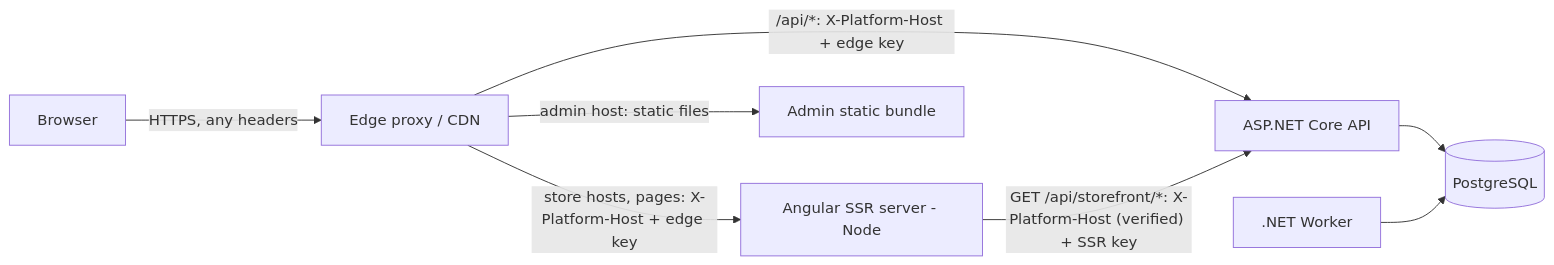
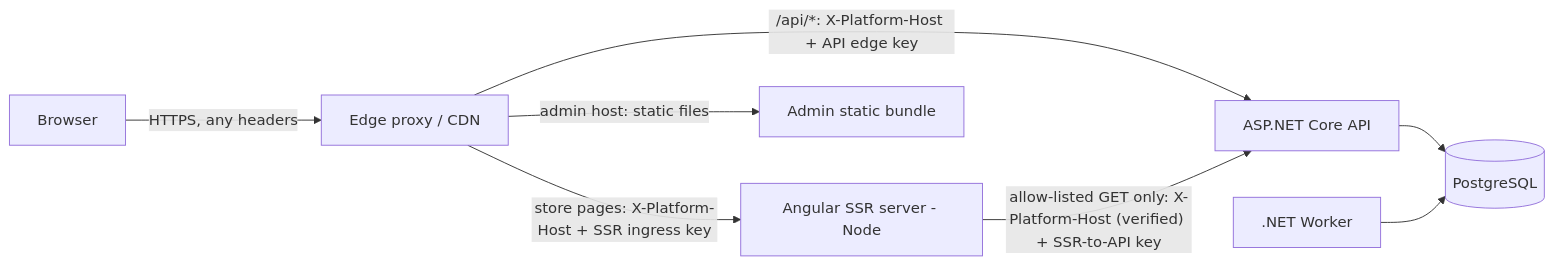
The diagram in docs/architecture-decisions.md (nada3ssam98/E-commerce-Platform), drawn with Mermaid before and after one commit. The commit also changed other lines of this file and 6 other files, not shown here.

````diff
--- a/docs/architecture-decisions.md
+++ b/docs/architecture-decisions.md
@@ -221,10 +227,10 @@
 ```mermaid
 flowchart LR
   B[Browser] -->|"HTTPS, any headers"| E[Edge proxy / CDN]
-  E -->|"/api/*: X-Platform-Host + edge key"| A[ASP.NET Core API]
-  E -->|"store hosts, pages: X-Platform-Host + edge key"| S[Angular SSR server - Node]
+  E -->|"/api/*: X-Platform-Host + API edge key"| A[ASP.NET Core API]
+  E -->|"store pages: X-Platform-Host + SSR ingress key"| S[Angular SSR server - Node]
   E -->|"admin host: static files"| AD[Admin static bundle]
-  S -->|"GET /api/storefront/*: X-Platform-Host (verified) + SSR key"| A
+  S -->|"allow-listed GET only: X-Platform-Host (verified) + SSR-to-API key"| A
   A --> DB[(PostgreSQL)]
   W[.NET Worker] --> DB
 ```
````
